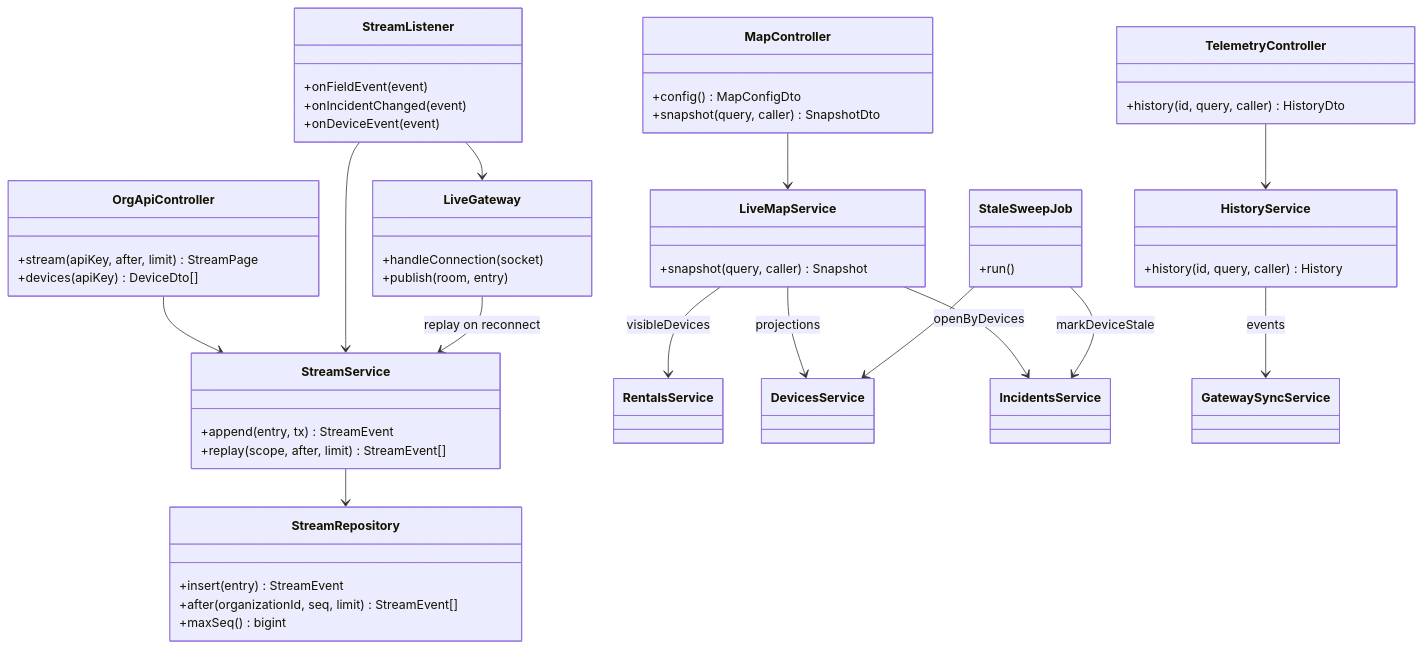
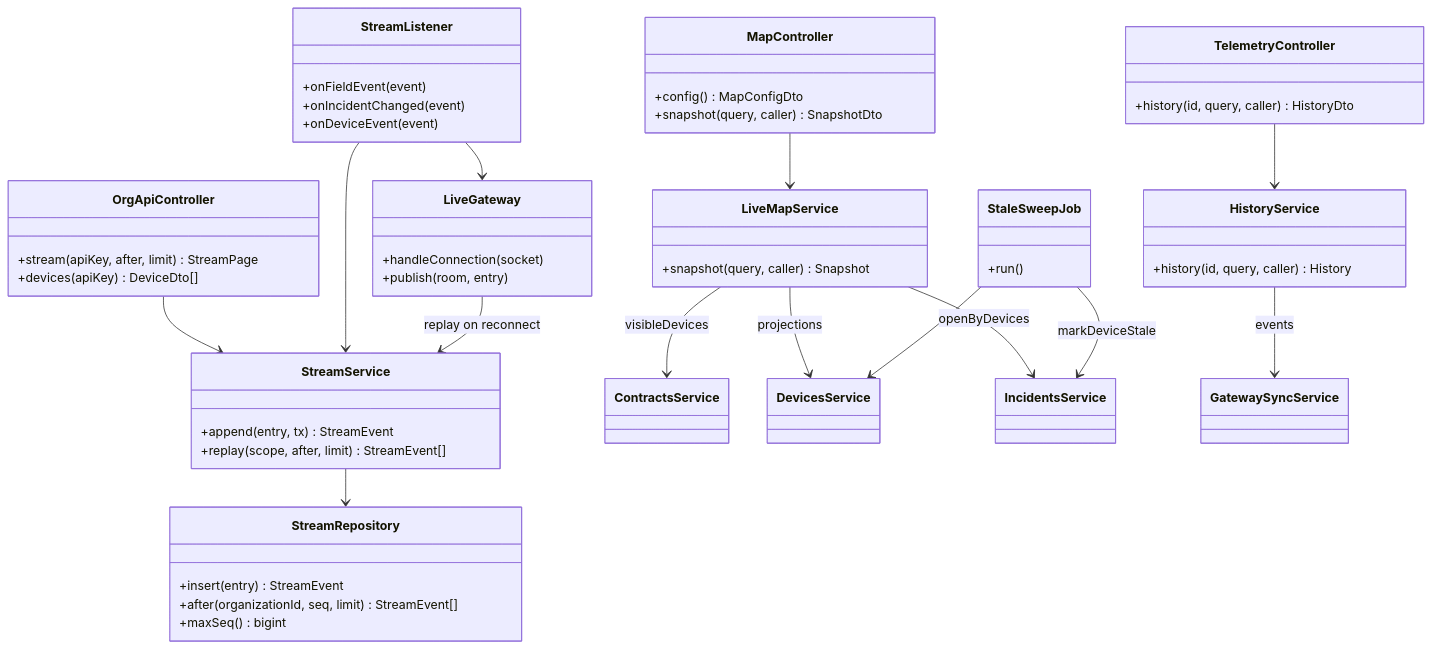
The second of 7 diagrams in specs/monitoring/design.md (TrekLink-Team/treklink-web), drawn with Mermaid before and after one commit. The commit also changed other lines of this file and 39 other files, not shown here.

````diff
--- a/specs/monitoring/design.md
+++ b/specs/monitoring/design.md
@@ -113,58 +113,58 @@
 ```mermaid
 classDiagram
     class MapController {
         +config() MapConfigDto
         +snapshot(query, caller) SnapshotDto
     }
     class TelemetryController {
         +history(id, query, caller) HistoryDto
     }
     class OrgApiController {
         +stream(apiKey, after, limit) StreamPage
         +devices(apiKey) DeviceDto[]
     }
     class LiveGateway {
         +handleConnection(socket)
         +publish(room, entry)
     }
     class StreamListener {
         +onFieldEvent(event)
         +onIncidentChanged(event)
         +onDeviceEvent(event)
     }
     class LiveMapService {
         +snapshot(query, caller) Snapshot
     }
     class HistoryService {
         +history(id, query, caller) History
     }
     class StreamService {
         +append(entry, tx) StreamEvent
         +replay(scope, after, limit) StreamEvent[]
     }
     class StaleSweepJob {
         +run()
     }
     class StreamRepository {
         +insert(entry) StreamEvent
         +after(organizationId, seq, limit) StreamEvent[]
         +maxSeq() bigint
     }
-    class RentalsService
+    class ContractsService
     class DevicesService
     class IncidentsService
     class GatewaySyncService
     MapController --> LiveMapService
     TelemetryController --> HistoryService
     OrgApiController --> StreamService
     StreamListener --> StreamService
     StreamListener --> LiveGateway
     LiveGateway --> StreamService : replay on reconnect
     StreamService --> StreamRepository
-    LiveMapService --> RentalsService : visibleDevices
+    LiveMapService --> ContractsService : visibleDevices
     LiveMapService --> DevicesService : projections
     LiveMapService --> IncidentsService : openByDevices
     HistoryService --> GatewaySyncService : events
     StaleSweepJob --> DevicesService
     StaleSweepJob --> IncidentsService : markDeviceStale
 ```
````
